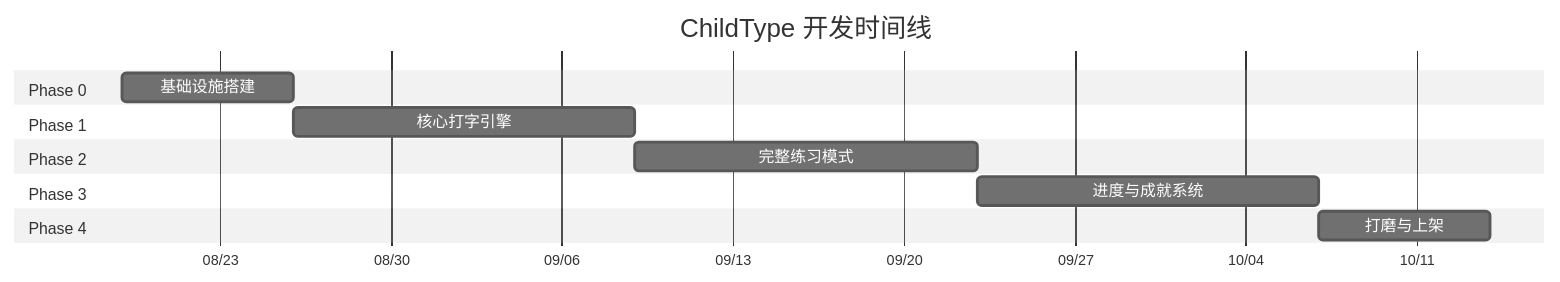
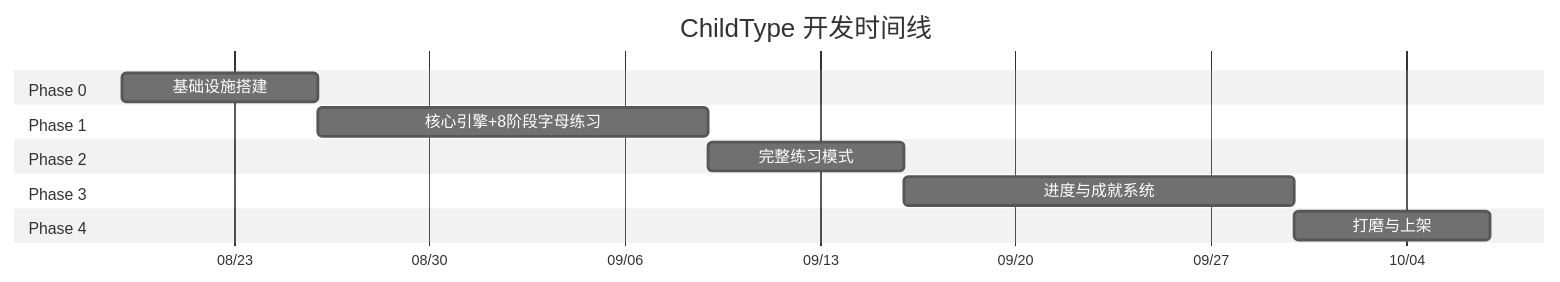
The diagram in docs/DEVELOPMENT-PLAN.md (chandlermajor/childtype), drawn with Mermaid (neutral theme) before and after one commit. The commit also changed other lines of this file and 9 other files, not shown here.

````diff
--- a/docs/DEVELOPMENT-PLAN.md
+++ b/docs/DEVELOPMENT-PLAN.md
@@ -194,21 +198,21 @@
 ```mermaid
 gantt
     title ChildType 开发时间线
     dateFormat  YYYY-MM-DD
     axisFormat  %m/%d
 
     section Phase 0
     基础设施搭建           :p0, 2026-08-19, 7d
 
     section Phase 1
-    核心打字引擎           :p1, after p0, 14d
+    核心引擎+8阶段字母练习   :p1, after p0, 14d
 
     section Phase 2
-    完整练习模式           :p2, after p1, 14d
+    完整练习模式            :p2, after p1, 7d
 
     section Phase 3
-    进度与成就系统         :p3, after p2, 14d
+    进度与成就系统          :p3, after p2, 14d
 
     section Phase 4
-    打磨与上架             :p4, after p3, 7d
+    打磨与上架              :p4, after p3, 7d
 ```
````
